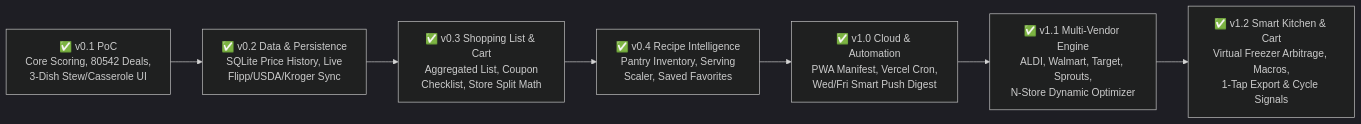
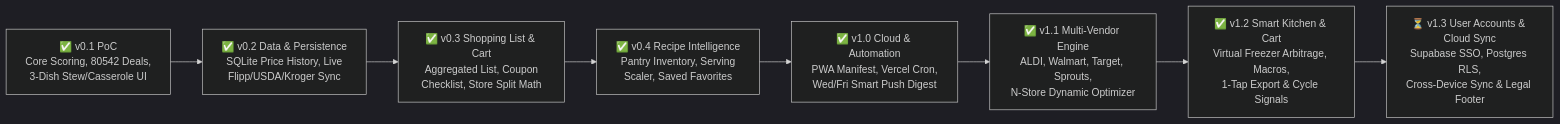
The diagram in ROADMAP.md (kchavez05/produce-price-tracker), drawn with Mermaid (dark theme) before and after one commit. The commit also changed other lines of this file and 2 other files, not shown here.

Commit message:
docs(roadmap): define v1.3 milestone for user accounts, cloud sync, and legal foundation (#529)

````diff
--- a/ROADMAP.md
+++ b/ROADMAP.md
@@ -5,9 +5,10 @@
 ```mermaid
 flowchart LR
     M0["✅ v0.1 PoC\nCore Scoring, 80542 Deals,\n3-Dish Stew/Casserole UI"] --> M1["✅ v0.2 Data & Persistence\nSQLite Price History, Live\nFlipp/USDA/Kroger Sync"]
     M1 --> M2["✅ v0.3 Shopping List & Cart\nAggregated List, Coupon\nChecklist, Store Split Math"]
     M2 --> M3["✅ v0.4 Recipe Intelligence\nPantry Inventory, Serving\nScaler, Saved Favorites"]
     M3 --> M4["✅ v1.0 Cloud & Automation\nPWA Manifest, Vercel Cron,\nWed/Fri Smart Push Digest"]
     M4 --> M5["✅ v1.1 Multi-Vendor Engine\nALDI, Walmart, Target, Sprouts,\nN-Store Dynamic Optimizer"]
     M5 --> M6["✅ v1.2 Smart Kitchen & Cart\nVirtual Freezer Arbitrage, Macros,\n1-Tap Export & Cycle Signals"]
+    M6 --> M7["⏳ v1.3 User Accounts & Cloud Sync\nSupabase SSO, Postgres RLS,\nCross-Device Sync & Legal Footer"]
 ```
````
